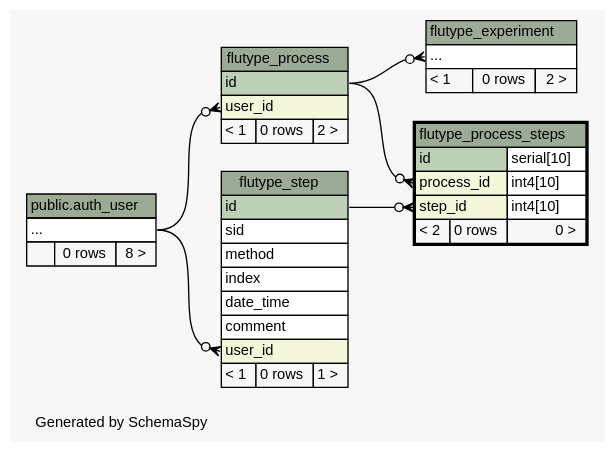
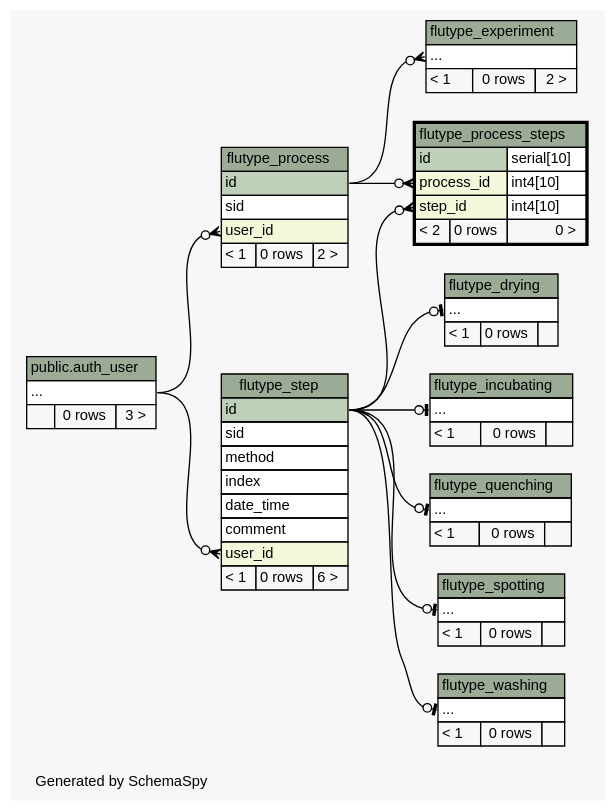
One commit to janekg89/flutype_webapp changed the diagram in docs/schema/diagrams/flutype_process_steps.2degrees.dot. Above: the diagram before and after it, drawn with Graphviz. The commit also changed 139 other files, not shown here.

Commit message:
add schema settings for janeks pc, working on fill_db.py with new model.

```diff
--- a/docs/schema/diagrams/flutype_process_steps.2degrees.dot
+++ b/docs/schema/diagrams/flutype_process_steps.2degrees.dot
@@ -1,85 +1,141 @@
-// dot 2.38.0 on Linux 4.4.0-89-generic
+// dot 2.38.0 on Linux 4.10.0-27-generic
 // SchemaSpy rev 590
 digraph "twoDegreesRelationshipsDiagram" {
   graph [
     rankdir="RL"
     bgcolor="#f7f7f7"
     label="\nGenerated by SchemaSpy"
     labeljust="l"
     nodesep="0.18"
     ranksep="0.46"
     fontname="Helvetica"
     fontsize="11"
   ];
   node [
     fontname="Helvetica"
     fontsize="11"
     shape="plaintext"
   ];
   edge [
     arrowsize="0.8"
   ];
+  "flutype_drying":"elipses":w -> "flutype_step":"id":e [arrowhead=none dir=back arrowtail=teeodot];
   "flutype_experiment":"elipses":w -> "flutype_process":"id":e [arrowhead=none dir=back arrowtail=crowodot];
+  "flutype_incubating":"elipses":w -> "flutype_step":"id":e [arrowhead=none dir=back arrowtail=teeodot];
   "flutype_process":"user_id":w -> "public.auth_user":"elipses":e [arrowhead=none dir=back arrowtail=crowodot];
   "flutype_process_steps":"process_id":w -> "flutype_process":"id":e [arrowhead=none dir=back arrowtail=crowodot];
   "flutype_process_steps":"step_id":w -> "flutype_step":"id":e [arrowhead=none dir=back arrowtail=crowodot];
+  "flutype_quenching":"elipses":w -> "flutype_step":"id":e [arrowhead=none dir=back arrowtail=teeodot];
+  "flutype_spotting":"elipses":w -> "flutype_step":"id":e [arrowhead=none dir=back arrowtail=teeodot];
   "flutype_step":"user_id":w -> "public.auth_user":"elipses":e [arrowhead=none dir=back arrowtail=crowodot];
+  "flutype_washing":"elipses":w -> "flutype_step":"id":e [arrowhead=none dir=back arrowtail=teeodot];
   "public.auth_user" [
     label=<
     <TABLE BORDER="0" CELLBORDER="1" CELLSPACING="0" BGCOLOR="#ffffff">
       <TR><TD COLSPAN="3" BGCOLOR="#9bab96" ALIGN="CENTER">public.auth_user</TD></TR>
       <TR><TD PORT="elipses" COLSPAN="3" ALIGN="LEFT">...</TD></TR>
-      <TR><TD ALIGN="LEFT" BGCOLOR="#f7f7f7">  </TD><TD ALIGN="RIGHT" BGCOLOR="#f7f7f7">0 rows</TD><TD ALIGN="RIGHT" BGCOLOR="#f7f7f7">8 &gt;</TD></TR>
+      <TR><TD ALIGN="LEFT" BGCOLOR="#f7f7f7">  </TD><TD ALIGN="RIGHT" BGCOLOR="#f7f7f7">0 rows</TD><TD ALIGN="RIGHT" BGCOLOR="#f7f7f7">3 &gt;</TD></TR>
     </TABLE>>
     tooltip="public.auth_user"
+  ];
+  "flutype_drying" [
+    label=<
+    <TABLE BORDER="0" CELLBORDER="1" CELLSPACING="0" BGCOLOR="#ffffff">
+      <TR><TD COLSPAN="3" BGCOLOR="#9bab96" ALIGN="CENTER">flutype_drying</TD></TR>
+      <TR><TD PORT="elipses" COLSPAN="3" ALIGN="LEFT">...</TD></TR>
+      <TR><TD ALIGN="LEFT" BGCOLOR="#f7f7f7">&lt; 1</TD><TD ALIGN="RIGHT" BGCOLOR="#f7f7f7">0 rows</TD><TD ALIGN="RIGHT" BGCOLOR="#f7f7f7">  </TD></TR>
+    </TABLE>>
+    URL="flutype_drying.html"
+    tooltip="flutype_drying"
   ];
   "flutype_experiment" [
     label=<
     <TABLE BORDER="0" CELLBORDER="1" CELLSPACING="0" BGCOLOR="#ffffff">
       <TR><TD COLSPAN="3" BGCOLOR="#9bab96" ALIGN="CENTER">flutype_experiment</TD></TR>
       <TR><TD PORT="elipses" COLSPAN="3" ALIGN="LEFT">...</TD></TR>
       <TR><TD ALIGN="LEFT" BGCOLOR="#f7f7f7">&lt; 1</TD><TD ALIGN="RIGHT" BGCOLOR="#f7f7f7">0 rows</TD><TD ALIGN="RIGHT" BGCOLOR="#f7f7f7">2 &gt;</TD></TR>
     </TABLE>>
     URL="flutype_experiment.html"
     tooltip="flutype_experiment"
   ];
+  "flutype_incubating" [
+    label=<
+    <TABLE BORDER="0" CELLBORDER="1" CELLSPACING="0" BGCOLOR="#ffffff">
+      <TR><TD COLSPAN="3" BGCOLOR="#9bab96" ALIGN="CENTER">flutype_incubating</TD></TR>
+      <TR><TD PORT="elipses" COLSPAN="3" ALIGN="LEFT">...</TD></TR>
+      <TR><TD ALIGN="LEFT" BGCOLOR="#f7f7f7">&lt; 1</TD><TD ALIGN="RIGHT" BGCOLOR="#f7f7f7">0 rows</TD><TD ALIGN="RIGHT" BGCOLOR="#f7f7f7">  </TD></TR>
+    </TABLE>>
+    URL="flutype_incubating.html"
+    tooltip="flutype_incubating"
+  ];
   "flutype_process" [
     label=<
     <TABLE BORDER="0" CELLBORDER="1" CELLSPACING="0" BGCOLOR="#ffffff">
       <TR><TD COLSPAN="3" BGCOLOR="#9bab96" ALIGN="CENTER">flutype_process</TD></TR>
       <TR><TD PORT="id" COLSPAN="3" BGCOLOR="#bed1b8" ALIGN="LEFT">id</TD></TR>
+      <TR><TD PORT="sid" COLSPAN="3" ALIGN="LEFT">sid</TD></TR>
       <TR><TD PORT="user_id" COLSPAN="3" BGCOLOR="#f4f7da" ALIGN="LEFT">user_id</TD></TR>
       <TR><TD ALIGN="LEFT" BGCOLOR="#f7f7f7">&lt; 1</TD><TD ALIGN="RIGHT" BGCOLOR="#f7f7f7">0 rows</TD><TD ALIGN="RIGHT" BGCOLOR="#f7f7f7">2 &gt;</TD></TR>
     </TABLE>>
     URL="flutype_process.html"
     tooltip="flutype_process"
   ];
   "flutype_process_steps" [
     label=<
     <TABLE BORDER="2" CELLBORDER="1" CELLSPACING="0" BGCOLOR="#ffffff">
       <TR><TD COLSPAN="3" BGCOLOR="#9bab96" ALIGN="CENTER">flutype_process_steps</TD></TR>
       <TR><TD PORT="id" COLSPAN="2" BGCOLOR="#bed1b8" ALIGN="LEFT">id</TD><TD PORT="id.type" ALIGN="LEFT">serial[10]</TD></TR>
       <TR><TD PORT="process_id" COLSPAN="2" BGCOLOR="#f4f7da" ALIGN="LEFT">process_id</TD><TD PORT="process_id.type" ALIGN="LEFT">int4[10]</TD></TR>
       <TR><TD PORT="step_id" COLSPAN="2" BGCOLOR="#f4f7da" ALIGN="LEFT">step_id</TD><TD PORT="step_id.type" ALIGN="LEFT">int4[10]</TD></TR>
       <TR><TD ALIGN="LEFT" BGCOLOR="#f7f7f7">&lt; 2</TD><TD ALIGN="RIGHT" BGCOLOR="#f7f7f7">0 rows</TD><TD ALIGN="RIGHT" BGCOLOR="#f7f7f7">0 &gt;</TD></TR>
     </TABLE>>
     URL="flutype_process_steps.html"
     tooltip="flutype_process_steps"
   ];
+  "flutype_quenching" [
+    label=<
+    <TABLE BORDER="0" CELLBORDER="1" CELLSPACING="0" BGCOLOR="#ffffff">
+      <TR><TD COLSPAN="3" BGCOLOR="#9bab96" ALIGN="CENTER">flutype_quenching</TD></TR>
+      <TR><TD PORT="elipses" COLSPAN="3" ALIGN="LEFT">...</TD></TR>
+      <TR><TD ALIGN="LEFT" BGCOLOR="#f7f7f7">&lt; 1</TD><TD ALIGN="RIGHT" BGCOLOR="#f7f7f7">0 rows</TD><TD ALIGN="RIGHT" BGCOLOR="#f7f7f7">  </TD></TR>
+    </TABLE>>
+    URL="flutype_quenching.html"
+    tooltip="flutype_quenching"
+  ];
+  "flutype_spotting" [
+    label=<
+    <TABLE BORDER="0" CELLBORDER="1" CELLSPACING="0" BGCOLOR="#ffffff">
+      <TR><TD COLSPAN="3" BGCOLOR="#9bab96" ALIGN="CENTER">flutype_spotting</TD></TR>
+      <TR><TD PORT="elipses" COLSPAN="3" ALIGN="LEFT">...</TD></TR>
+      <TR><TD ALIGN="LEFT" BGCOLOR="#f7f7f7">&lt; 1</TD><TD ALIGN="RIGHT" BGCOLOR="#f7f7f7">0 rows</TD><TD ALIGN="RIGHT" BGCOLOR="#f7f7f7">  </TD></TR>
+    </TABLE>>
+    URL="flutype_spotting.html"
+    tooltip="flutype_spotting"
+  ];
   "flutype_step" [
     label=<
     <TABLE BORDER="0" CELLBORDER="1" CELLSPACING="0" BGCOLOR="#ffffff">
       <TR><TD COLSPAN="3" BGCOLOR="#9bab96" ALIGN="CENTER">flutype_step</TD></TR>
       <TR><TD PORT="id" COLSPAN="3" BGCOLOR="#bed1b8" ALIGN="LEFT">id</TD></TR>
       <TR><TD PORT="sid" COLSPAN="3" ALIGN="LEFT">sid</TD></TR>
       <TR><TD PORT="method" COLSPAN="3" ALIGN="LEFT">method</TD></TR>
       <TR><TD PORT="index" COLSPAN="3" ALIGN="LEFT">index</TD></TR>
       <TR><TD PORT="date_time" COLSPAN="3" ALIGN="LEFT">date_time</TD></TR>
       <TR><TD PORT="comment" COLSPAN="3" ALIGN="LEFT">comment</TD></TR>
       <TR><TD PORT="user_id" COLSPAN="3" BGCOLOR="#f4f7da" ALIGN="LEFT">user_id</TD></TR>
-      <TR><TD ALIGN="LEFT" BGCOLOR="#f7f7f7">&lt; 1</TD><TD ALIGN="RIGHT" BGCOLOR="#f7f7f7">0 rows</TD><TD ALIGN="RIGHT" BGCOLOR="#f7f7f7">1 &gt;</TD></TR>
+      <TR><TD ALIGN="LEFT" BGCOLOR="#f7f7f7">&lt; 1</TD><TD ALIGN="RIGHT" BGCOLOR="#f7f7f7">0 rows</TD><TD ALIGN="RIGHT" BGCOLOR="#f7f7f7">6 &gt;</TD></TR>
     </TABLE>>
     URL="flutype_step.html"
     tooltip="flutype_step"
   ];
+  "flutype_washing" [
+    label=<
+    <TABLE BORDER="0" CELLBORDER="1" CELLSPACING="0" BGCOLOR="#ffffff">
+      <TR><TD COLSPAN="3" BGCOLOR="#9bab96" ALIGN="CENTER">flutype_washing</TD></TR>
+      <TR><TD PORT="elipses" COLSPAN="3" ALIGN="LEFT">...</TD></TR>
+      <TR><TD ALIGN="LEFT" BGCOLOR="#f7f7f7">&lt; 1</TD><TD ALIGN="RIGHT" BGCOLOR="#f7f7f7">0 rows</TD><TD ALIGN="RIGHT" BGCOLOR="#f7f7f7">  </TD></TR>
+    </TABLE>>
+    URL="flutype_washing.html"
+    tooltip="flutype_washing"
+  ];
 }
```
